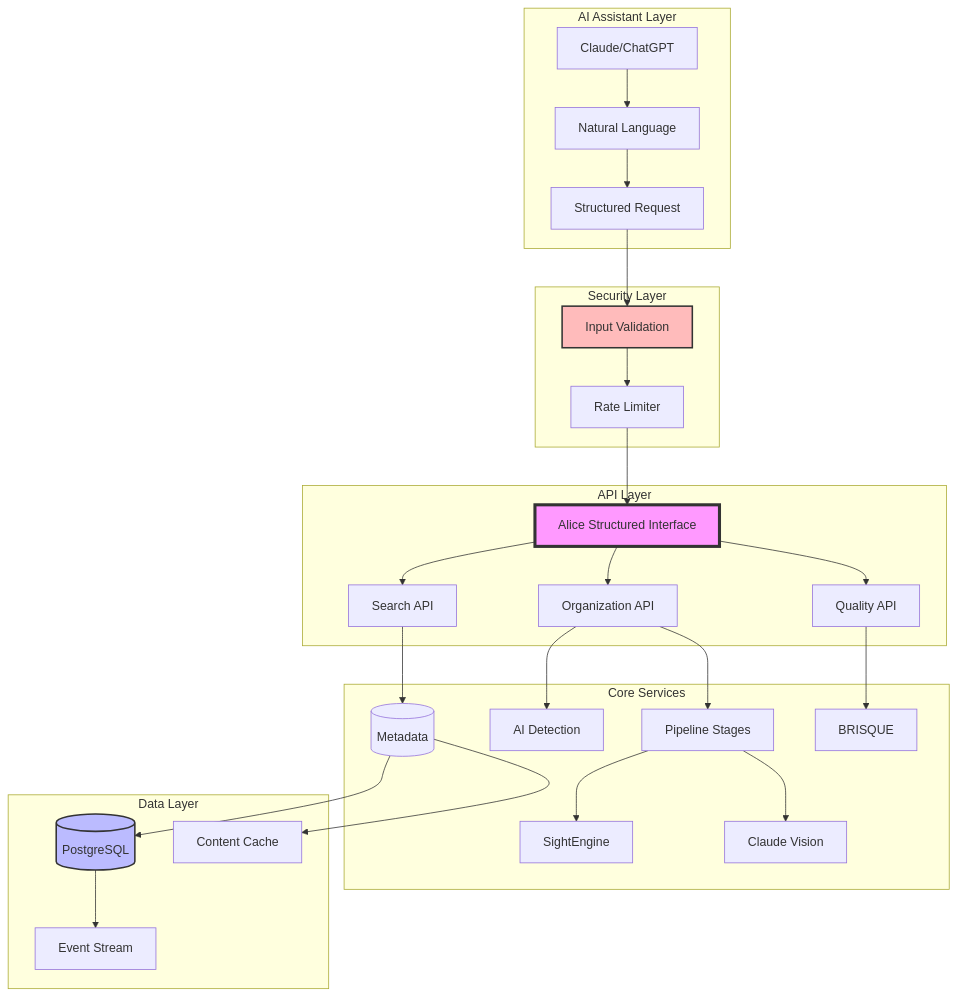
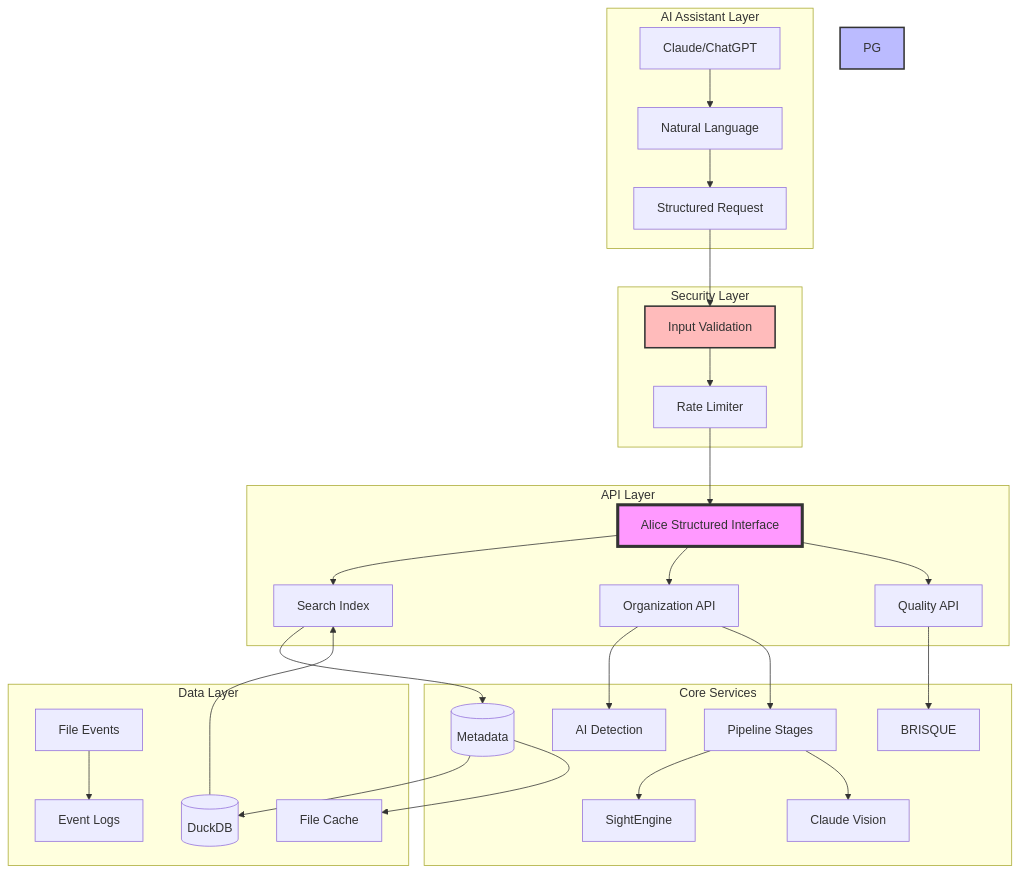
One commit to sandrom/AliceMultiverse changed the first of 5 diagrams in docs/architecture/index.md. Above: the diagram before and after it, drawn with Mermaid. The commit also changed other lines of this file and 4 other files, not shown here.

````diff
--- a/docs/architecture/index.md
+++ b/docs/architecture/index.md
@@ -13,38 +13,39 @@
 ```mermaid
 graph TB
     subgraph "AI Assistant Layer"
         AI[Claude/ChatGPT] --> NLP[Natural Language]
         NLP --> STRUCT[Structured Request]
     end
     
     subgraph "Security Layer"
         STRUCT --> VAL[Input Validation]
         VAL --> RATE[Rate Limiter]
     end
     
     subgraph "API Layer"
         RATE --> API[Alice Structured Interface]
         API --> SEARCH[Search API]
         API --> ORG[Organization API]
         API --> QUAL[Quality API]
     end
     
     subgraph "Core Services"
         ORG --> DETECT[AI Detection]
         ORG --> PIPE[Pipeline Stages]
         SEARCH --> META[(Metadata)]
         QUAL --> BRISQUE[BRISQUE]
         PIPE --> SIGHT[SightEngine]
         PIPE --> CLAUDE[Claude Vision]
     end
     
     subgraph "Data Layer"
-        META --> PG[(PostgreSQL)]
-        PG --> EVENT[Event Stream]
-        META --> CACHE[Content Cache]
+        META --> DUCK[(DuckDB)]
+        DUCK --> SEARCH[Search Index]
+        META --> CACHE[File Cache]
+        EVENT[File Events] --> LOG[Event Logs]
     end
     
     style API fill:#f9f,stroke:#333,stroke-width:4px
     style PG fill:#bbf,stroke:#333,stroke-width:2px
     style VAL fill:#fbb,stroke:#333,stroke-width:2px
 ```
````
